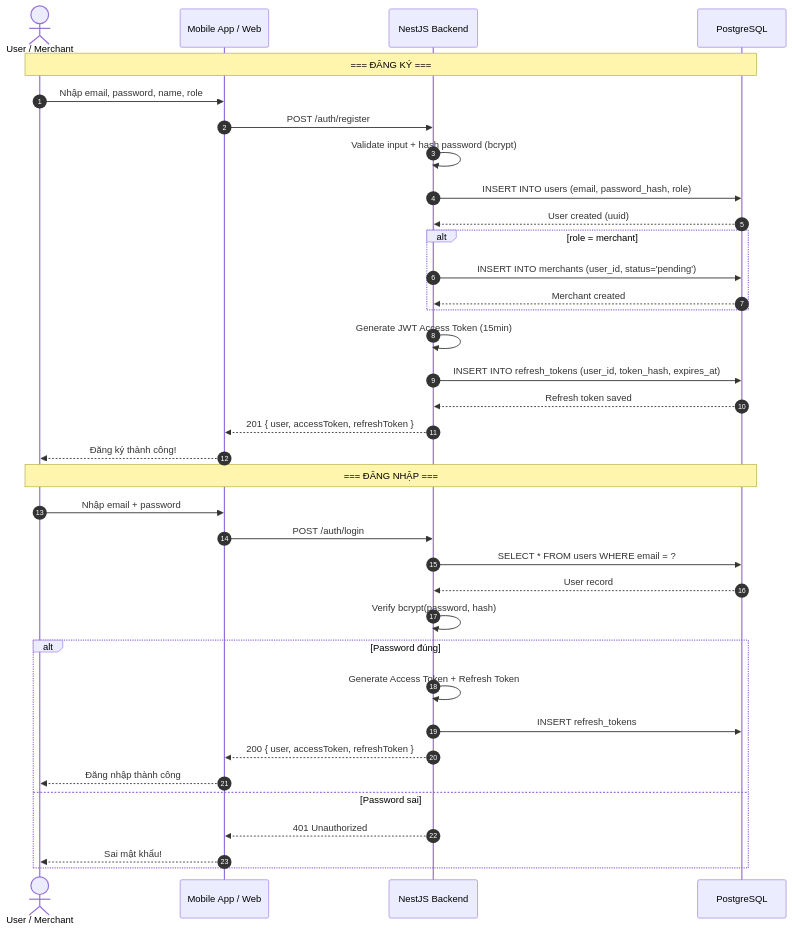
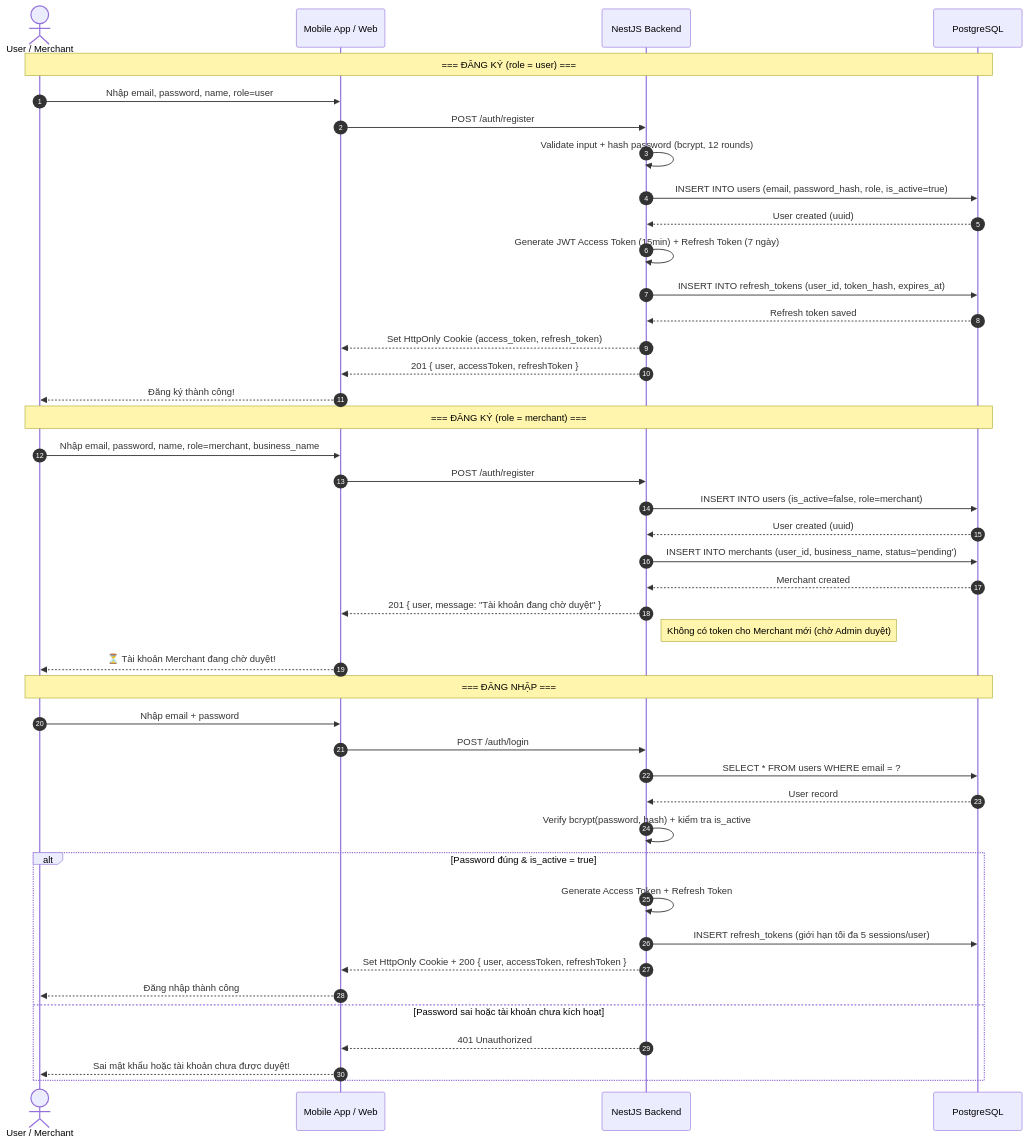
Before and after one commit to thankhanh/Seminar_sgu: the first of 13 diagrams in docs/diagrams.md, drawn with Mermaid. The commit also changed other lines of this file, not shown here.

First line of the commit message:
Update diagrams.md

````diff
--- a/docs/diagrams.md
+++ b/docs/diagrams.md
@@ -36,43 +36,49 @@
 ```mermaid
 sequenceDiagram
     autonumber
     actor U as User / Merchant
     participant App as Mobile App / Web
     participant API as NestJS Backend
     participant DB as PostgreSQL
 
-    Note over U,DB: === ĐĂNG KÝ ===
-    U->>App: Nhập email, password, name, role
+    Note over U,DB: === ĐĂNG KÝ (role = user) ===
+    U->>App: Nhập email, password, name, role=user
     App->>API: POST /auth/register
-    API->>API: Validate input + hash password (bcrypt)
-    API->>DB: INSERT INTO users (email, password_hash, role)
+    API->>API: Validate input + hash password (bcrypt, 12 rounds)
+    API->>DB: INSERT INTO users (email, password_hash, role, is_active=true)
     DB-->>API: User created (uuid)
-    
-    alt role = merchant
-        API->>DB: INSERT INTO merchants (user_id, status='pending')
-        DB-->>API: Merchant created
-    end
-
-    API->>API: Generate JWT Access Token (15min)
+    API->>API: Generate JWT Access Token (15min) + Refresh Token (7 ngày)
     API->>DB: INSERT INTO refresh_tokens (user_id, token_hash, expires_at)
     DB-->>API: Refresh token saved
+    API-->>App: Set HttpOnly Cookie (access_token, refresh_token)
     API-->>App: 201 { user, accessToken, refreshToken }
     App-->>U: Đăng ký thành công!
+
+    Note over U,DB: === ĐĂNG KÝ (role = merchant) ===
+    U->>App: Nhập email, password, name, role=merchant, business_name
+    App->>API: POST /auth/register
+    API->>DB: INSERT INTO users (is_active=false, role=merchant)
+    DB-->>API: User created (uuid)
+    API->>DB: INSERT INTO merchants (user_id, business_name, status='pending')
+    DB-->>API: Merchant created
+    API-->>App: 201 { user, message: "Tài khoản đang chờ duyệt" }
+    Note right of API: Không có token cho Merchant mới (chờ Admin duyệt)
+    App-->>U: ⏳ Tài khoản Merchant đang chờ duyệt!
 
     Note over U,DB: === ĐĂNG NHẬP ===
     U->>App: Nhập email + password
     App->>API: POST /auth/login
     API->>DB: SELECT * FROM users WHERE email = ?
     DB-->>API: User record
-    API->>API: Verify bcrypt(password, hash)
-    
-    alt Password đúng
+    API->>API: Verify bcrypt(password, hash) + kiểm tra is_active
+
+    alt Password đúng & is_active = true
         API->>API: Generate Access Token + Refresh Token
-        API->>DB: INSERT refresh_tokens
-        API-->>App: 200 { user, accessToken, refreshToken }
+        API->>DB: INSERT refresh_tokens (giới hạn tối đa 5 sessions/user)
+        API-->>App: Set HttpOnly Cookie + 200 { user, accessToken, refreshToken }
         App-->>U: Đăng nhập thành công
-    else Password sai
+    else Password sai hoặc tài khoản chưa kích hoạt
         API-->>App: 401 Unauthorized
-        App-->>U: Sai mật khẩu!
+        App-->>U: Sai mật khẩu hoặc tài khoản chưa được duyệt!
     end
 ```
````
